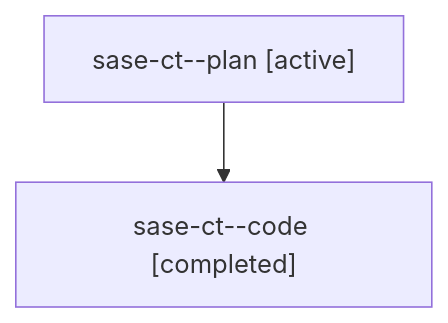
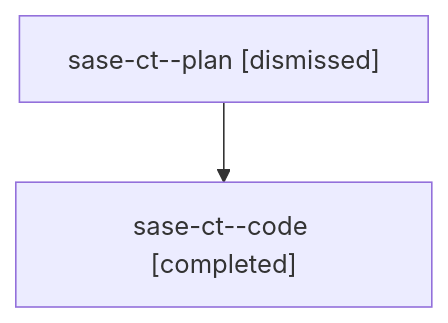
One commit to sase-org/sase--agents changed the diagram in sessions/bbugyi200.athena.sase-ct.md. Above: the diagram before and after it, drawn with Mermaid. The commit also changed other lines of this file and 33 other files, not shown here.

````diff
--- a/sessions/bbugyi200.athena.sase-ct.md
+++ b/sessions/bbugyi200.athena.sase-ct.md
@@ -9,6 +9,6 @@
 ```mermaid
 flowchart TD
-  n0["sase-ct--plan [active]"]
+  n0["sase-ct--plan [dismissed]"]
   n1["sase-ct--code [completed]"]
   n0 --> n1
 ```
````
